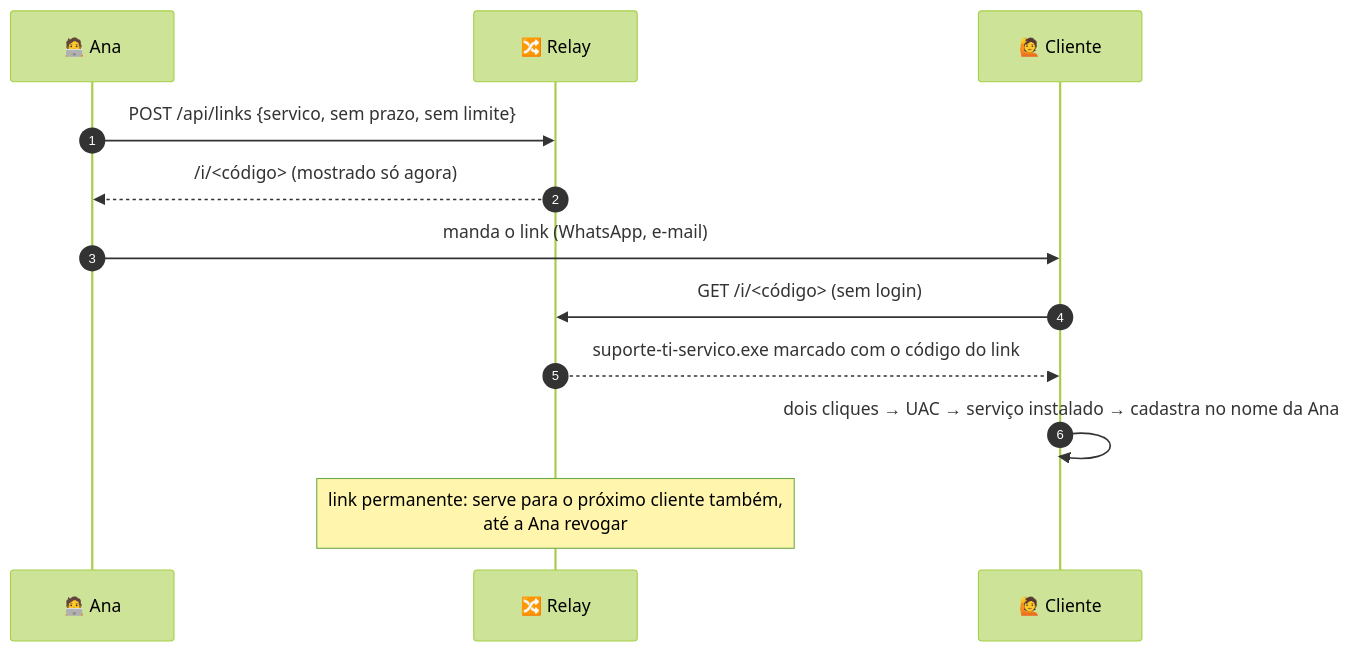
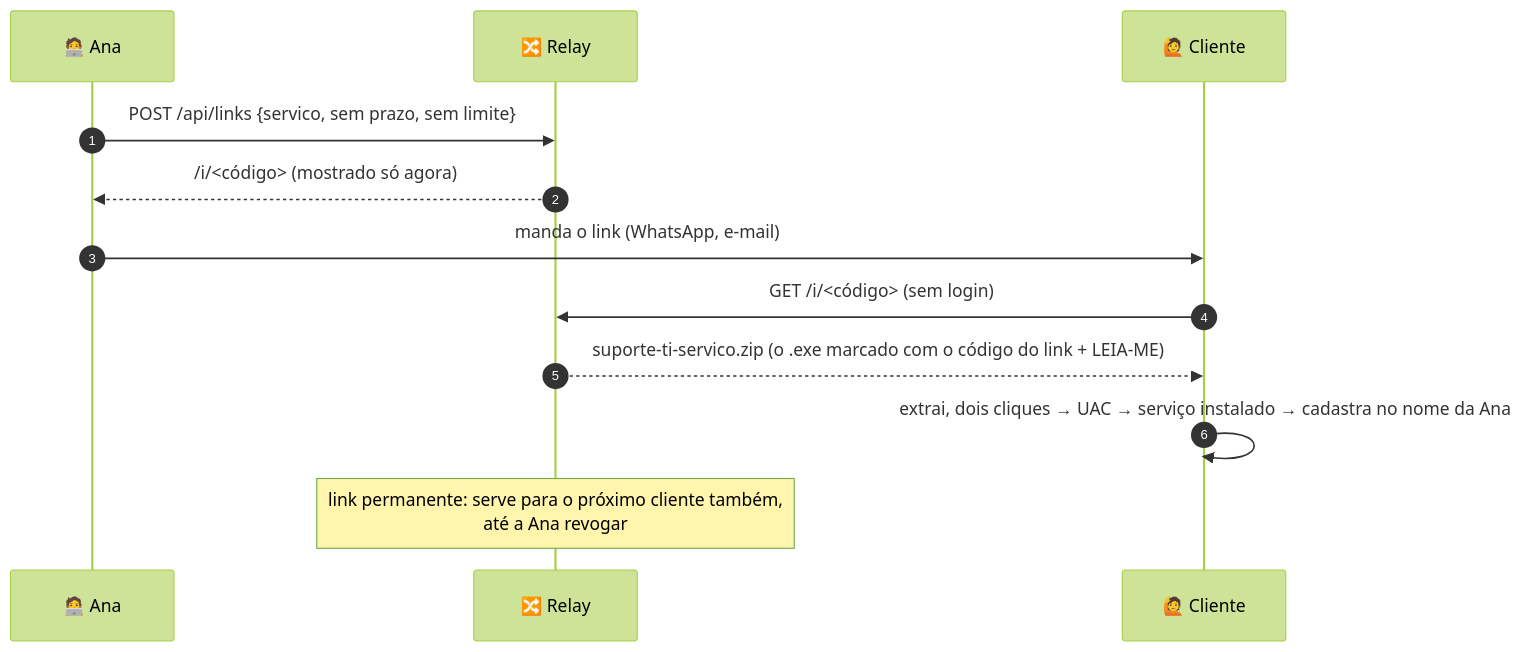
Diagram 18 of 21 in docs/FLUXOS.md (caetasousa/remoteIT), drawn with Mermaid (forest theme) before and after one commit. The commit also changed other lines of this file and 15 other files, not shown here.

````diff
--- a/docs/FLUXOS.md
+++ b/docs/FLUXOS.md
@@ -629,14 +630,14 @@
 ```mermaid
 sequenceDiagram
     autonumber
     participant T as 🧑‍💻 Ana
     participant R as 🔀 Relay
     participant C as 🙋 Cliente
     T->>R: POST /api/links {servico, sem prazo, sem limite}
     R-->>T: /i/<código> (mostrado só agora)
     T->>C: manda o link (WhatsApp, e-mail)
     C->>R: GET /i/<código> (sem login)
-    R-->>C: suporte-ti-servico.exe marcado com o código do link
-    C->>C: dois cliques → UAC → serviço instalado → cadastra no nome da Ana
+    R-->>C: suporte-ti-servico.zip (o .exe marcado com o código do link + LEIA-ME)
+    C->>C: extrai, dois cliques → UAC → serviço instalado → cadastra no nome da Ana
     Note over R: link permanente: serve para o próximo cliente também,<br/>até a Ana revogar
 ```
````
